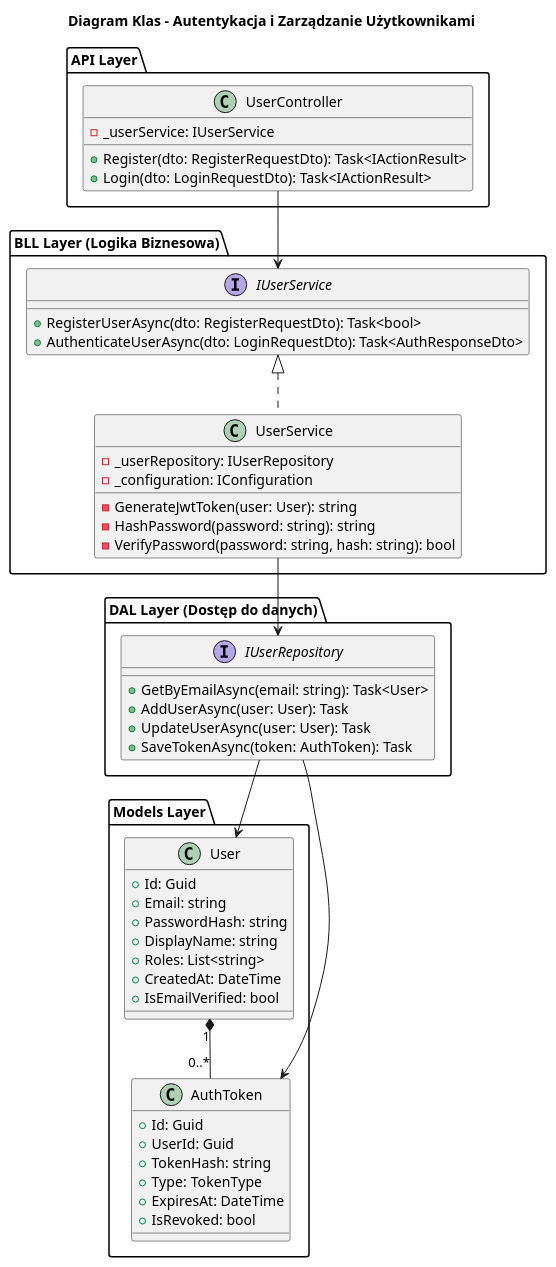
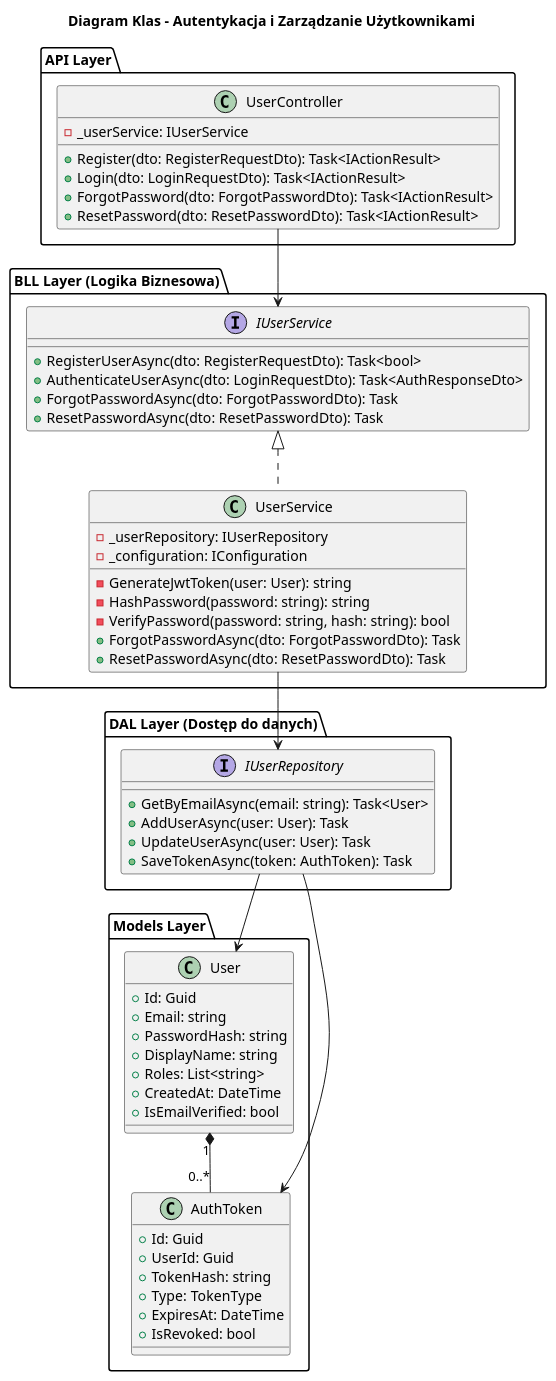
The diagram in specs/project/auth-class-diagram.puml (kacpereqo/songspiration), drawn with PlantUML before and after one commit. The commit also changed 385 other files, not shown here.

```diff
--- a/specs/project/auth-class-diagram.puml
+++ b/specs/project/auth-class-diagram.puml
@@ -1,64 +1,70 @@
 @startuml
 title Diagram Klas - Autentykacja i Zarządzanie Użytkownikami
 
 package "API Layer" {
     class UserController {
         - _userService: IUserService
         + Register(dto: RegisterRequestDto): Task<IActionResult>
         + Login(dto: LoginRequestDto): Task<IActionResult>
+        + ForgotPassword(dto: ForgotPasswordDto): Task<IActionResult>
+        + ResetPassword(dto: ResetPasswordDto): Task<IActionResult>
     }
 }
 
 package "BLL Layer (Logika Biznesowa)" {
     interface IUserService {
         + RegisterUserAsync(dto: RegisterRequestDto): Task<bool>
         + AuthenticateUserAsync(dto: LoginRequestDto): Task<AuthResponseDto>
+        + ForgotPasswordAsync(dto: ForgotPasswordDto): Task
+        + ResetPasswordAsync(dto: ResetPasswordDto): Task
     }
     
     class UserService {
         - _userRepository: IUserRepository
         - _configuration: IConfiguration
         - GenerateJwtToken(user: User): string
         - HashPassword(password: string): string
         - VerifyPassword(password: string, hash: string): bool
+        + ForgotPasswordAsync(dto: ForgotPasswordDto): Task
+        + ResetPasswordAsync(dto: ResetPasswordDto): Task
     }
 }
 
 package "DAL Layer (Dostęp do danych)" {
     interface IUserRepository {
         + GetByEmailAsync(email: string): Task<User>
         + AddUserAsync(user: User): Task
         + UpdateUserAsync(user: User): Task
         + SaveTokenAsync(token: AuthToken): Task
     }
 }
 
 package "Models Layer" {
     class User {
         + Id: Guid
         + Email: string
         + PasswordHash: string
         + DisplayName: string
         + Roles: List<string>
         + CreatedAt: DateTime
         + IsEmailVerified: bool
     }
     
     class AuthToken {
         + Id: Guid
         + UserId: Guid
         + TokenHash: string
         + Type: TokenType
         + ExpiresAt: DateTime
         + IsRevoked: bool
     }
 }
 
 UserController --> IUserService
 IUserService <|.. UserService
 UserService --> IUserRepository
 IUserRepository --> User
 IUserRepository --> AuthToken
 User "1" *-- "0..*" AuthToken
 
 @enduml
```
